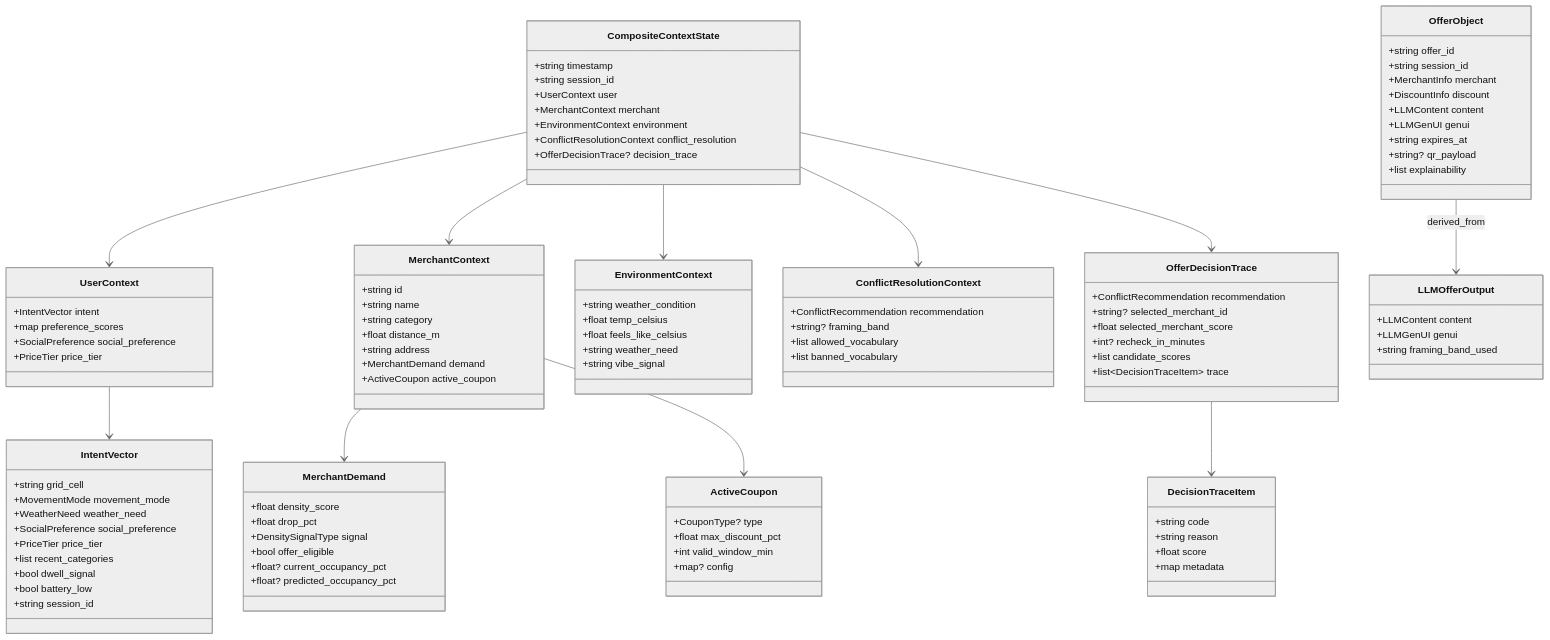
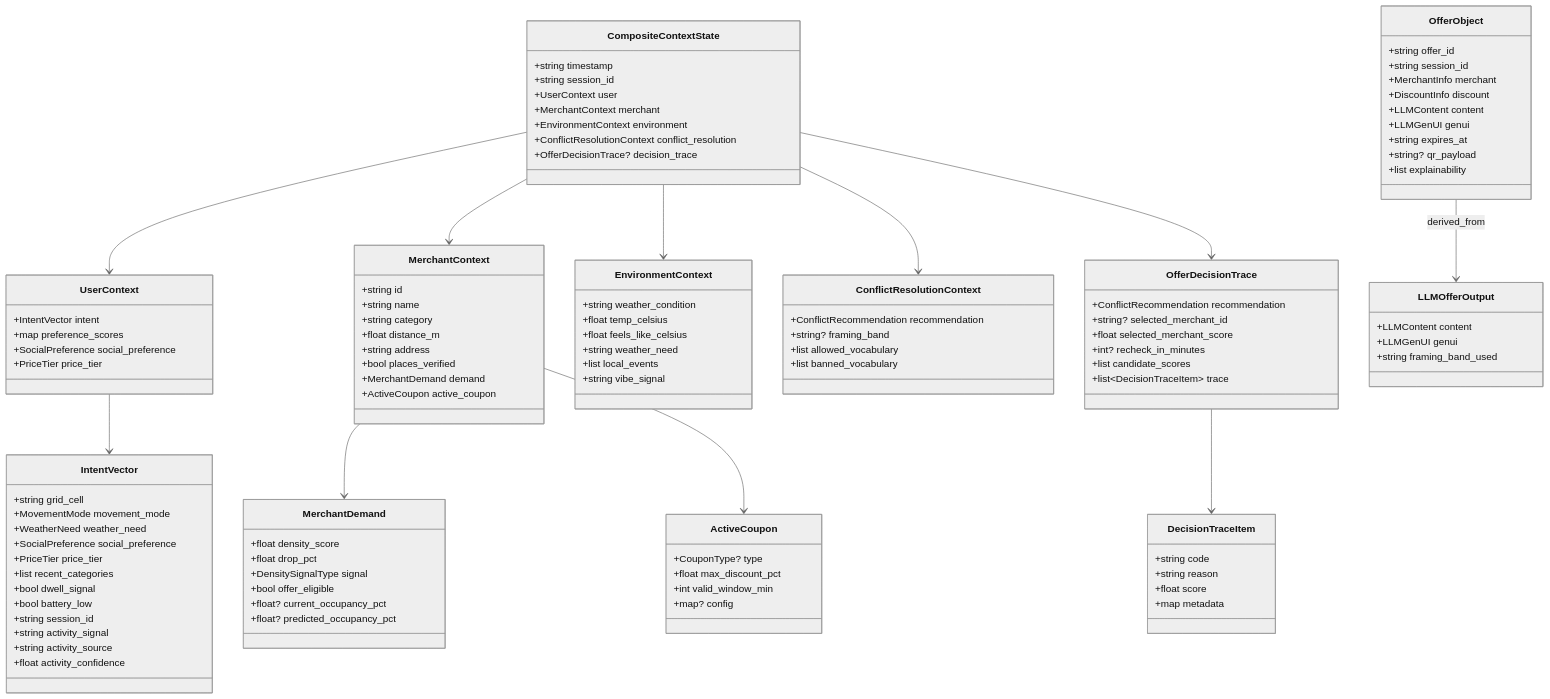
The first of 4 diagrams in docs/DATA-MODEL.md (larsboes/Generative-City-Wallet), drawn with Mermaid (neutral theme) before and after one commit. The commit also changed 6 other files, not shown here.

```diff
--- a/docs/DATA-MODEL.md
+++ b/docs/DATA-MODEL.md
@@ -92,6 +92,9 @@
     +bool dwell_signal
     +bool battery_low
     +string session_id
+    +string activity_signal
+    +string activity_source
+    +float activity_confidence
   }
 
   class UserContext {
@@ -123,6 +126,7 @@
     +string category
     +float distance_m
     +string address
+    +bool places_verified
     +MerchantDemand demand
     +ActiveCoupon active_coupon
   }
@@ -132,6 +136,7 @@
     +float temp_celsius
     +float feels_like_celsius
     +string weather_need
+    +list local_events
     +string vibe_signal
   }
 
```
